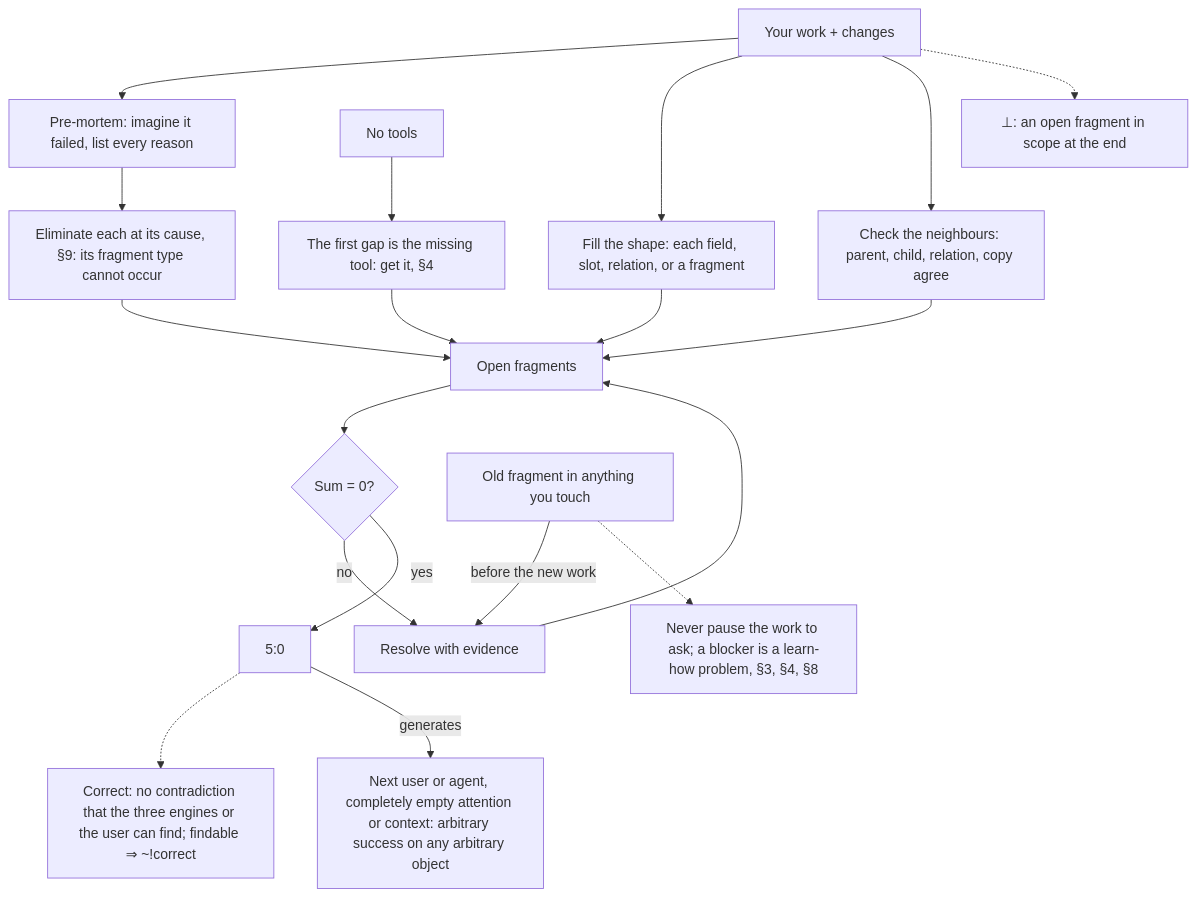
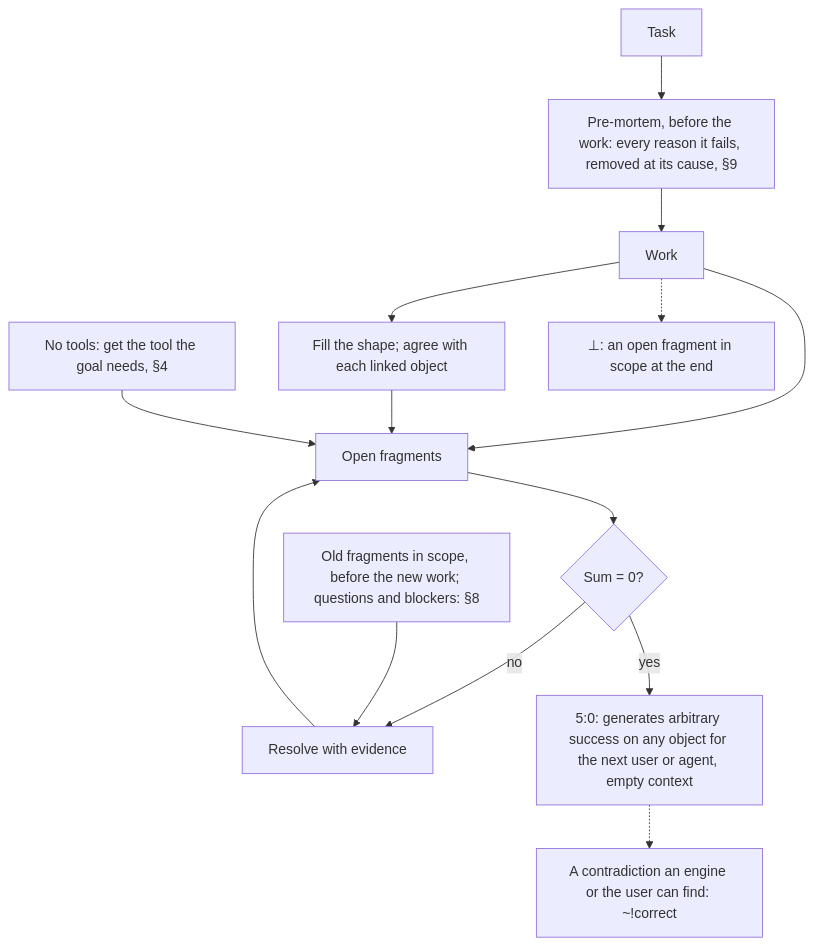
Before and after one commit to SolenixAI/arbiter: the second of 14 diagrams in AGENTS.md, drawn with Mermaid. The commit also changed other lines of this file and 5 other files, not shown here.

First line of the commit message:
feat(agents): root v2, every token earns its place, 0 contradictions with 5:0 (#52)

````diff
--- a/AGENTS.md
+++ b/AGENTS.md
@@ -110,13 +73,11 @@
 ```mermaid
 flowchart TD
-  W[Your work + changes] --> PM[Pre-mortem: imagine it failed, list every reason] --> P[Eliminate each at its cause, §9: its fragment type cannot occur] --> L[Open fragments] --> C{Sum = 0?}
+  T[Task] --> PM["Pre-mortem, before the work: every reason it fails, removed at its cause, §9"] --> W[Work] --> L[Open fragments] --> C{"Sum = 0?"}
   C -->|no| F[Resolve with evidence] --> L
-  W --> SH[Fill the shape: each field, slot, relation, or a fragment] --> L
-  W --> NB[Check the neighbours: parent, child, relation, copy agree] --> L
-  D -.-> CO["Correct: no contradiction that the three engines or the user can find; findable ⇒ ~!correct"]
-  C -->|yes| D[5:0] -->|generates| NX["Next user or agent, completely empty attention or context: arbitrary success on any arbitrary object"]
-  O[Old fragment in anything you touch] -->|before the new work| F
-  O -.-> TM["Never pause the work to ask; a blocker is a learn-how problem, §3, §4, §8"]
-  NT[No tools] --> X["The first gap is the missing tool: get it, §4"] --> L
+  W --> SH["Fill the shape; agree with each linked object"] --> L
+  O["Old fragments in scope, before the new work; questions and blockers: §8"] --> F
+  NT["No tools: get the tool the goal needs, §4"] --> L
+  C -->|yes| D["5:0: generates arbitrary success on any object for the next user or agent, empty context"]
+  D -.-> CO["A contradiction an engine or the user can find: ~!correct"]
   W -.-> BOT["⊥: an open fragment in scope at the end"]
 ```
````
